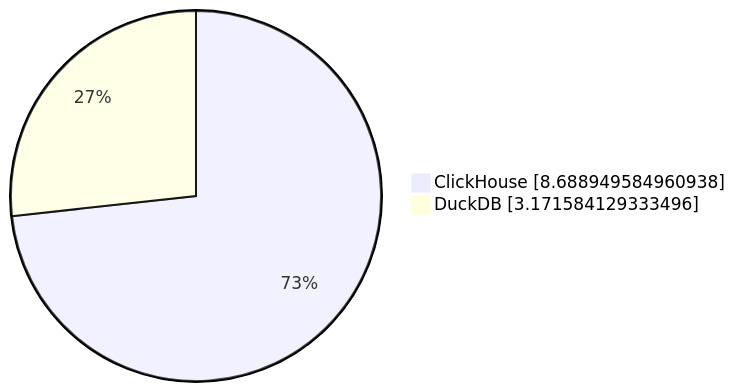
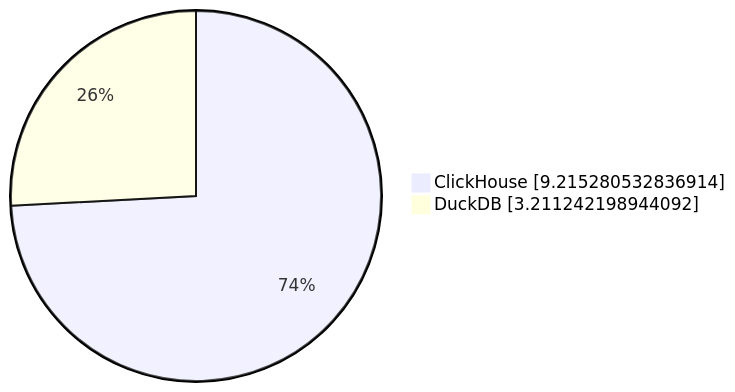
Before and after one commit to Altinity/clickhouse-regression: the second of 7 diagrams in parquet/performance/results/nyc_taxi/23.11.1.2711-alpine/README.md, drawn with Mermaid. The commit also changed other lines of this file and 8 other files, not shown here.

````diff
--- a/parquet/performance/results/nyc_taxi/23.11.1.2711-alpine/README.md
+++ b/parquet/performance/results/nyc_taxi/23.11.1.2711-alpine/README.md
@@ -20,5 +20,5 @@
 ```mermaid
      pie showData
-         "ClickHouse" : 8.688949584960938
-         "DuckDB" : 3.171584129333496
+         "ClickHouse" : 9.215280532836914
+         "DuckDB" : 3.211242198944092
 ```
````
